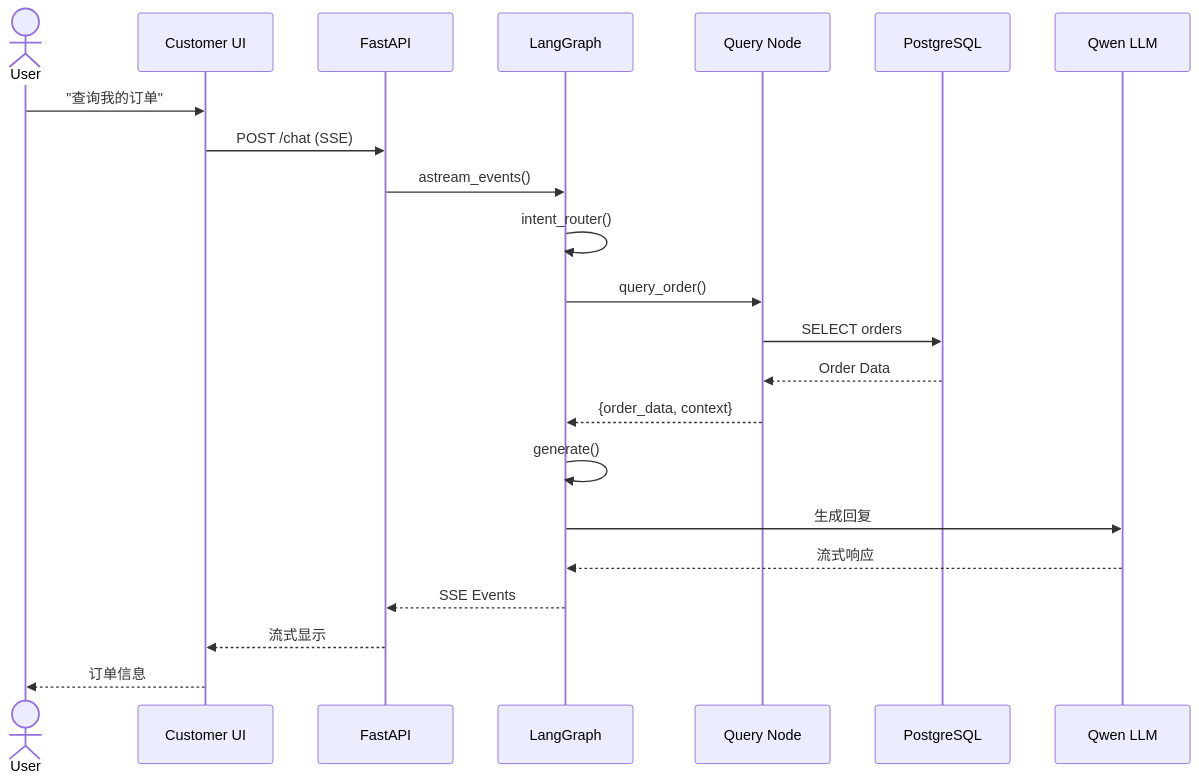
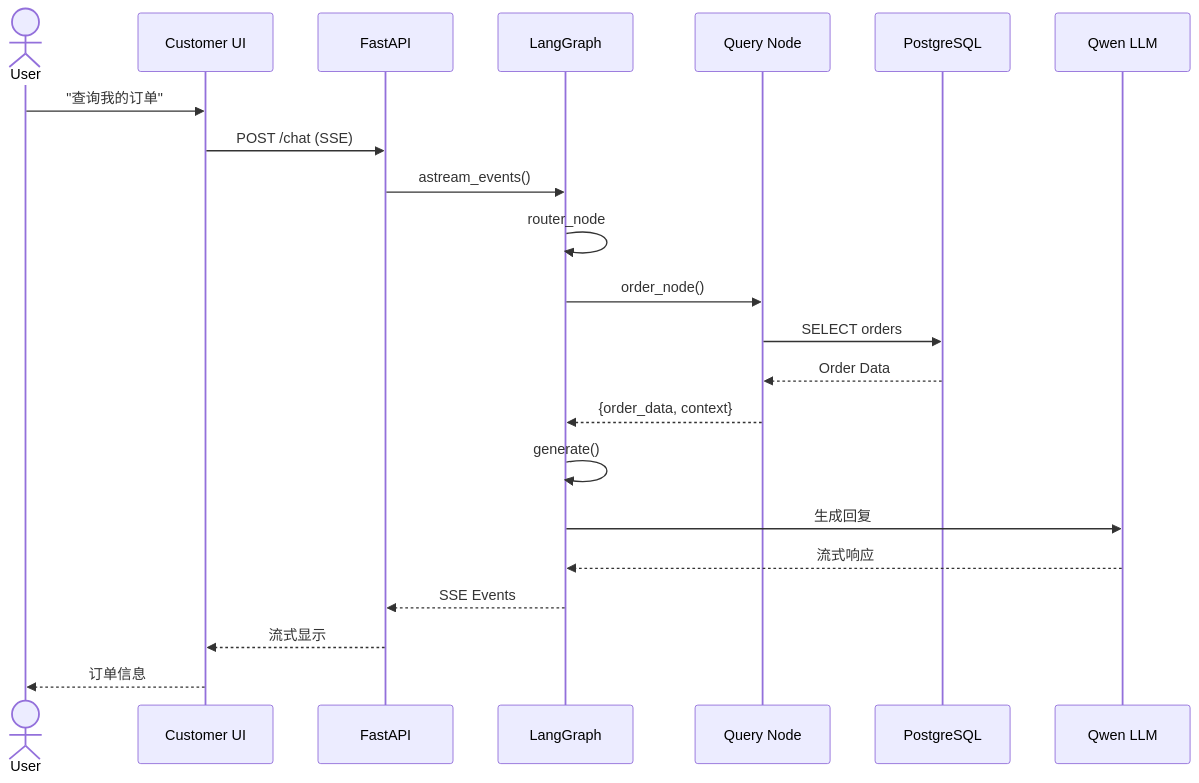
The fourth of 8 diagrams in architecture.md (Mr-ZeLong/E-commerce-Smart-Agent), drawn with Mermaid before and after one commit. The commit also changed other lines of this file and 47 other files, not shown here.

````diff
--- a/architecture.md
+++ b/architecture.md
@@ -247,25 +247,25 @@
 ```mermaid
 sequenceDiagram
     actor User
     participant CUI as Customer UI
     participant API as FastAPI
     participant Graph as LangGraph
     participant Node as Query Node
     participant DB as PostgreSQL
     participant LLM as Qwen LLM
 
     User->>CUI: "查询我的订单"
     CUI->>API: POST /chat (SSE)
     API->>Graph: astream_events()
-    Graph->>Graph: intent_router()
-    Graph->>Node: query_order()
+    Graph->>Graph: router_node
+    Graph->>Node: order_node()
     Node->>DB: SELECT orders
     DB-->>Node: Order Data
     Node-->>Graph: {order_data, context}
     Graph->>Graph: generate()
     Graph->>LLM: 生成回复
     LLM-->>Graph: 流式响应
     Graph-->>API: SSE Events
     API-->>CUI: 流式显示
     CUI-->>User: 订单信息
 ```
````
